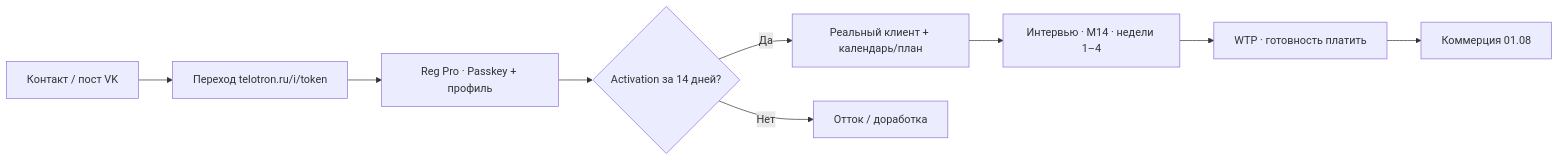
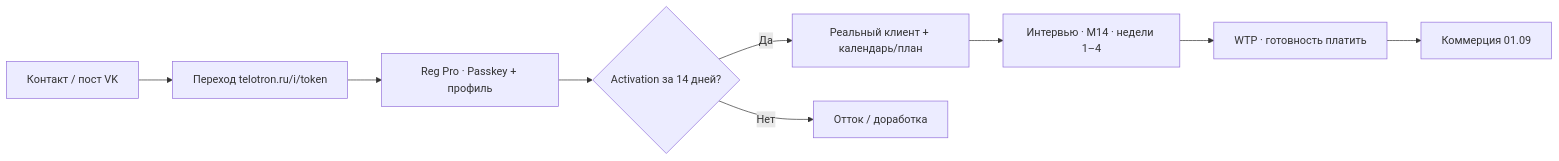
The second of 2 diagrams in 01-Директор/Инструкции/Telotron — описание проекта.md (docru/telotron.team), drawn with Mermaid before and after one commit. The commit also changed other lines of this file and 42 other files, not shown here.

````diff
--- a/01-Директор/Инструкции/Telotron — описание проекта.md
+++ b/01-Директор/Инструкции/Telotron — описание проекта.md
@@ -755,11 +755,11 @@
 ```mermaid
 flowchart LR
     A[Контакт / пост VK] --> B[Переход telotron.ru/i/token]
     B --> C[Reg Pro · Passkey + профиль]
     C --> D{Activation за 14 дней?}
     D -->|Да| E[Реальный клиент + календарь/план]
     D -->|Нет| F[Отток / доработка]
     E --> G[Интервью · M14 · недели 1–4]
     G --> H[WTP · готовность платить]
-    H --> I[Коммерция 01.08]
+    H --> I[Коммерция 01.09]
 ```
````
